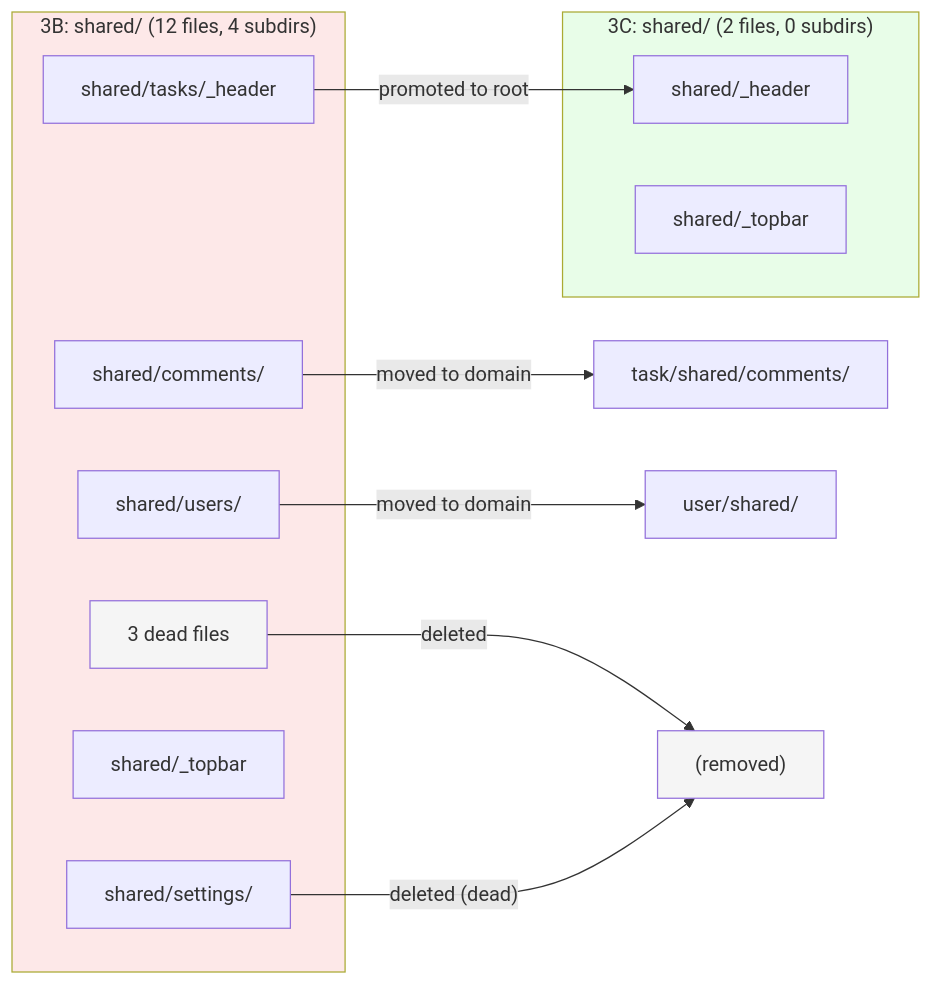
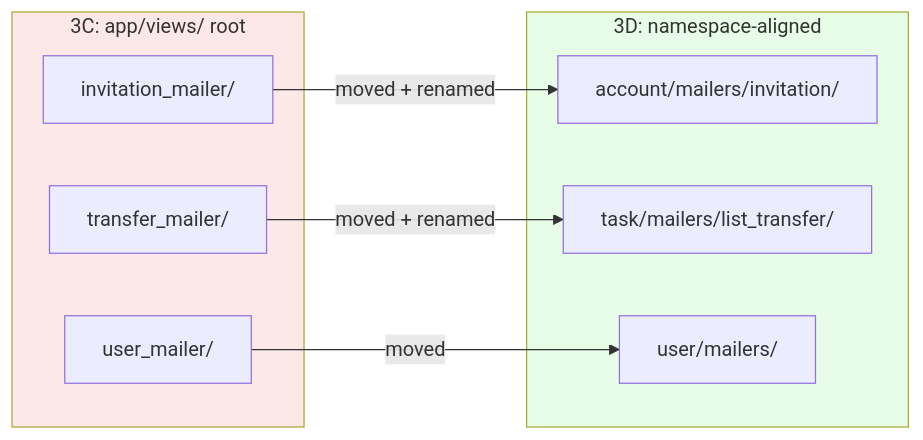
The second of 2 diagrams in README.md (railswhey/app), drawn with Mermaid before and after one commit. The commit also changed other lines of this file and 14 other files, not shown here.

````diff
--- a/README.md
+++ b/README.md
@@ -145,27 +129,21 @@
 ```mermaid
 flowchart LR
-  subgraph Before["3B: shared/ (12 files, 4 subdirs)"]
-    SC[shared/comments/]
-    SU[shared/users/]
-    ST["shared/tasks/_header"]
-    SS[shared/settings/]
-    STOP[shared/_topbar]
-    SDEAD["3 dead files"]
+  subgraph Before["3C: app/views/ root"]
+    IM[invitation_mailer/]
+    TM[transfer_mailer/]
+    UM[user_mailer/]
   end
 
-  subgraph After["3C: shared/ (2 files, 0 subdirs)"]
-    STOP2[shared/_header]
-    STOP3[shared/_topbar]
+  subgraph After["3D: namespace-aligned"]
+    AIM[account/mailers/invitation/]
+    TTM[task/mailers/list_transfer/]
+    UMN[user/mailers/]
   end
 
-  SC -->|"moved to domain"| TC[task/shared/comments/]
-  SU -->|"moved to domain"| US[user/shared/]
-  ST -->|"promoted to root"| STOP2
-  SDEAD -->|"deleted"| DEL["(removed)"]
-  SS -->|"deleted (dead)"| DEL
+  IM -->|"moved + renamed"| AIM
+  TM -->|"moved + renamed"| TTM
+  UM -->|"moved"| UMN
 
   style Before fill:#fde8e8
   style After fill:#e8fde8
-  style SDEAD fill:#f5f5f5
-  style DEL fill:#f5f5f5
 ```
````
